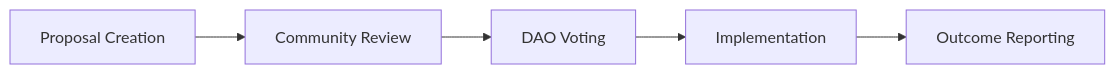
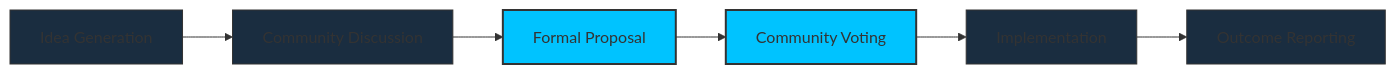
The ninth of 30 diagrams in src/frontend/src/assets/markdown/en/governance.md (cosmicrafts/cosmicrafts-dao), drawn with Mermaid before and after one commit. The commit also changed other lines of this file and 14 other files, not shown here.

````diff
--- a/src/frontend/src/assets/markdown/en/governance.md
+++ b/src/frontend/src/assets/markdown/en/governance.md
@@ -259,7 +287,15 @@
 ```mermaid
 graph LR
-    A[Proposal Creation] --> B[Community Review]
-    B --> C[DAO Voting]
-    C --> D[Implementation]
-    D --> E[Outcome Reporting]
+    A[Idea Generation] --> B[Community Discussion]
+    B --> C[Formal Proposal]
+    C --> D[Community Voting]
+    D --> E[Implementation]
+    E --> F[Outcome Reporting]
+    
+    style A fill:#1a2d40,stroke:#333,stroke-width:1px
+    style B fill:#1a2d40,stroke:#333,stroke-width:1px
+    style C fill:#00c3ff,stroke:#333,stroke-width:2px
+    style D fill:#00c3ff,stroke:#333,stroke-width:2px
+    style E fill:#1a2d40,stroke:#333,stroke-width:1px
+    style F fill:#1a2d40,stroke:#333,stroke-width:1px
 ```
````
